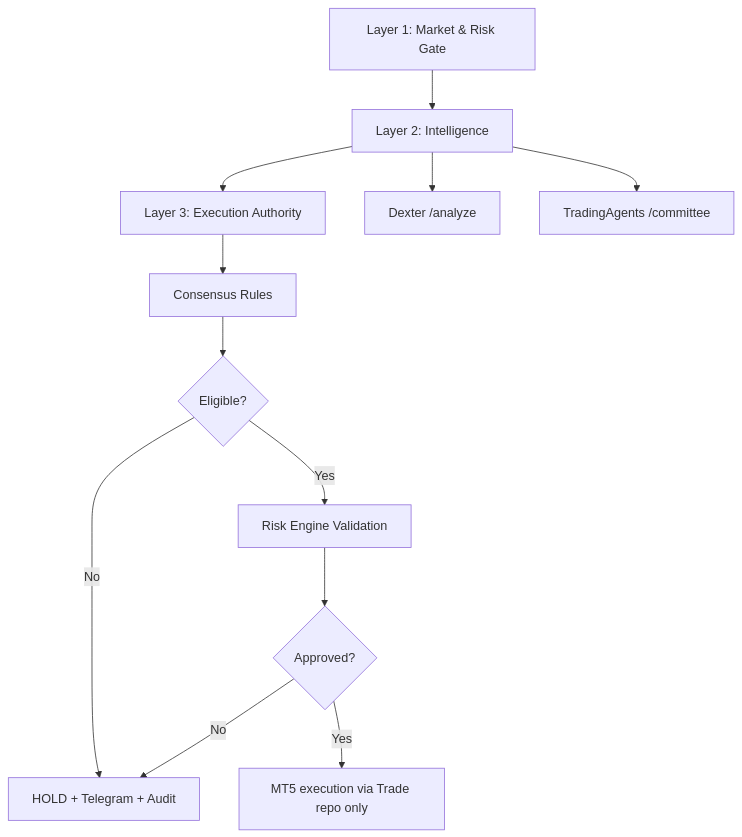
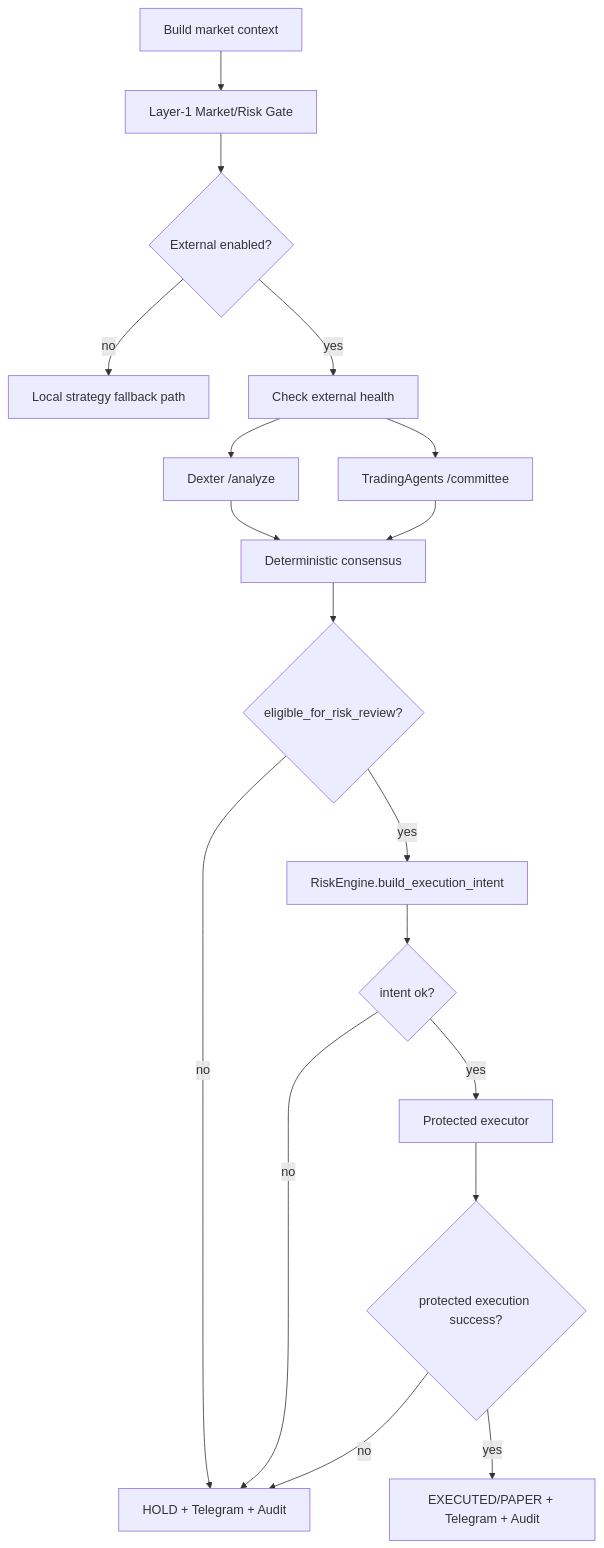
Before and after one commit to steev2058/Trade: the diagram in docs/DEXTER_TRADINGAGENTS_INTEGRATION.md, drawn with Mermaid. The commit also changed other lines of this file and 9 other files, not shown here.

Commit message:
hardening: centralize risk intent policy, add protected executor, expand integration docs, and strengthen lifecycle outputs

````diff
--- a/docs/DEXTER_TRADINGAGENTS_INTEGRATION.md
+++ b/docs/DEXTER_TRADINGAGENTS_INTEGRATION.md
@@ -5,16 +13,20 @@
 ```mermaid
 flowchart TD
-    A[Layer 1: Market & Risk Gate] --> B[Layer 2: Intelligence]
-    B --> C[Layer 3: Execution Authority]
-
-    B --> D[Dexter /analyze]
-    B --> E[TradingAgents /committee]
-
-    C --> F[Consensus Rules]
-    F --> G{Eligible?}
-    G -- No --> H[HOLD + Telegram + Audit]
-    G -- Yes --> I[Risk Engine Validation]
-    I --> J{Approved?}
-    J -- No --> H
-    J -- Yes --> K[MT5 execution via Trade repo only]
+    A[Build market context] --> B[Layer-1 Market/Risk Gate]
+    B --> C{External enabled?}
+    C -- no --> L[Local strategy fallback path]
+    C -- yes --> D[Check external health]
+    D --> E[Dexter /analyze]
+    D --> F[TradingAgents /committee]
+    E --> G[Deterministic consensus]
+    F --> G
+    G --> H{eligible_for_risk_review?}
+    H -- no --> I[HOLD + Telegram + Audit]
+    H -- yes --> J[RiskEngine.build_execution_intent]
+    J --> K{intent ok?}
+    K -- no --> I
+    K -- yes --> M[Protected executor]
+    M --> N{protected execution success?}
+    N -- no --> I
+    N -- yes --> O[EXECUTED/PAPER + Telegram + Audit]
 ```
````
